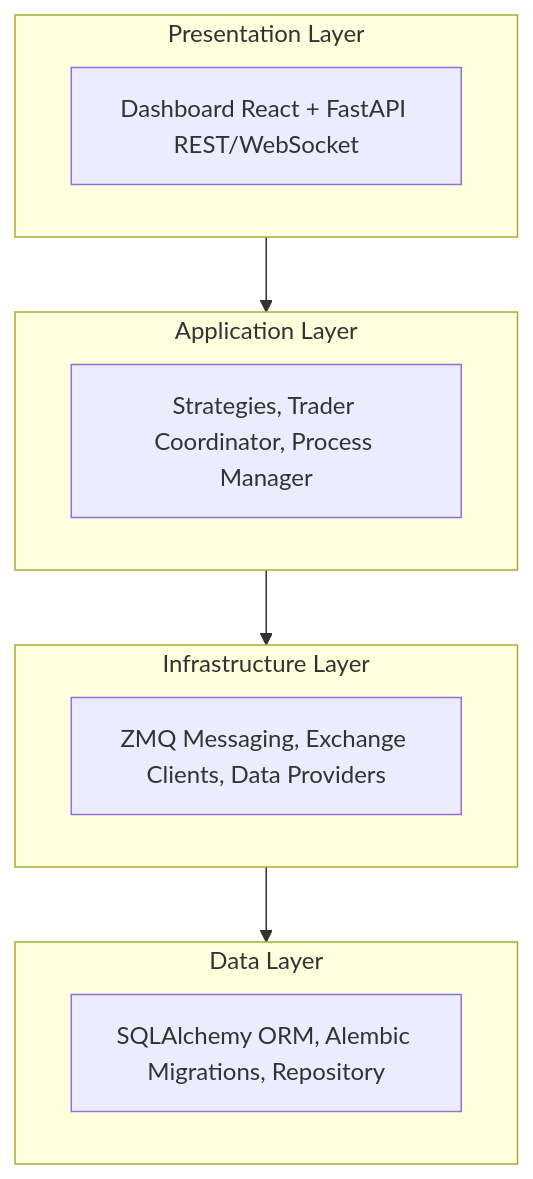
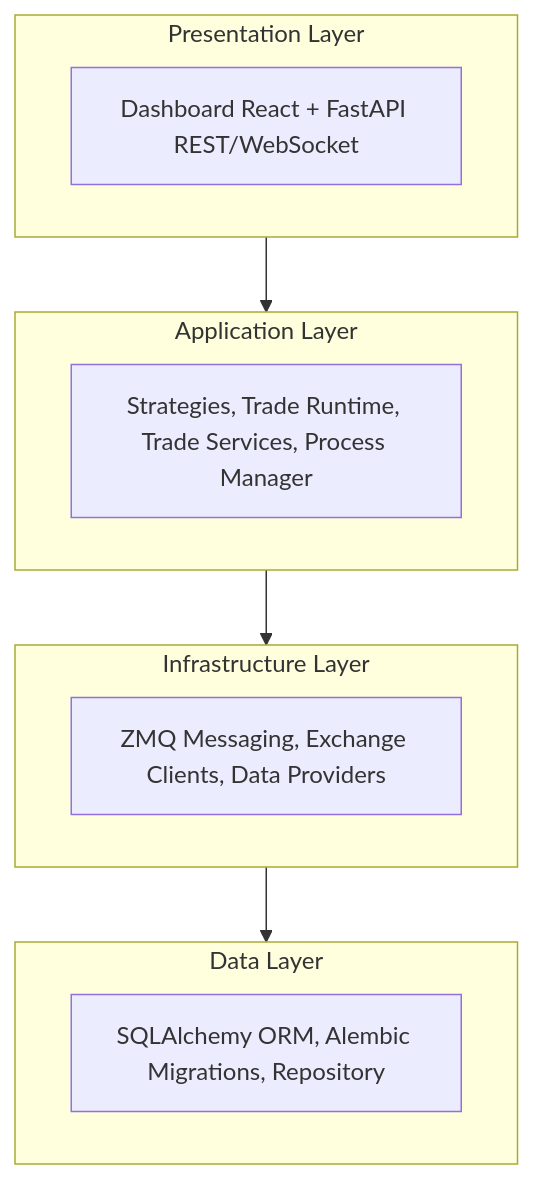
Before and after one commit to mateusz-klatt/snapper: the first of 5 diagrams in docs/architecture.md, drawn with Mermaid. The commit also changed other lines of this file and 43 other files, not shown here.

First line of the commit message:
feat(trade-runtime): facts-canonical architecture with durable state

````diff
--- a/docs/architecture.md
+++ b/docs/architecture.md
@@ -8,22 +12,22 @@
 ```mermaid
 flowchart TB
     subgraph Presentation["Presentation Layer"]
         P1["Dashboard React + FastAPI REST/WebSocket"]
     end
 
     subgraph Application["Application Layer"]
-        A1["Strategies, Trader Coordinator, Process Manager"]
+        A1["Strategies, Trade Runtime, Trade Services, Process Manager"]
     end
 
     subgraph Infrastructure["Infrastructure Layer"]
         I1["ZMQ Messaging, Exchange Clients, Data Providers"]
     end
 
     subgraph Data["Data Layer"]
         D1["SQLAlchemy ORM, Alembic Migrations, Repository"]
     end
 
     Presentation --> Application
     Application --> Infrastructure
     Infrastructure --> Data
 ```
````
